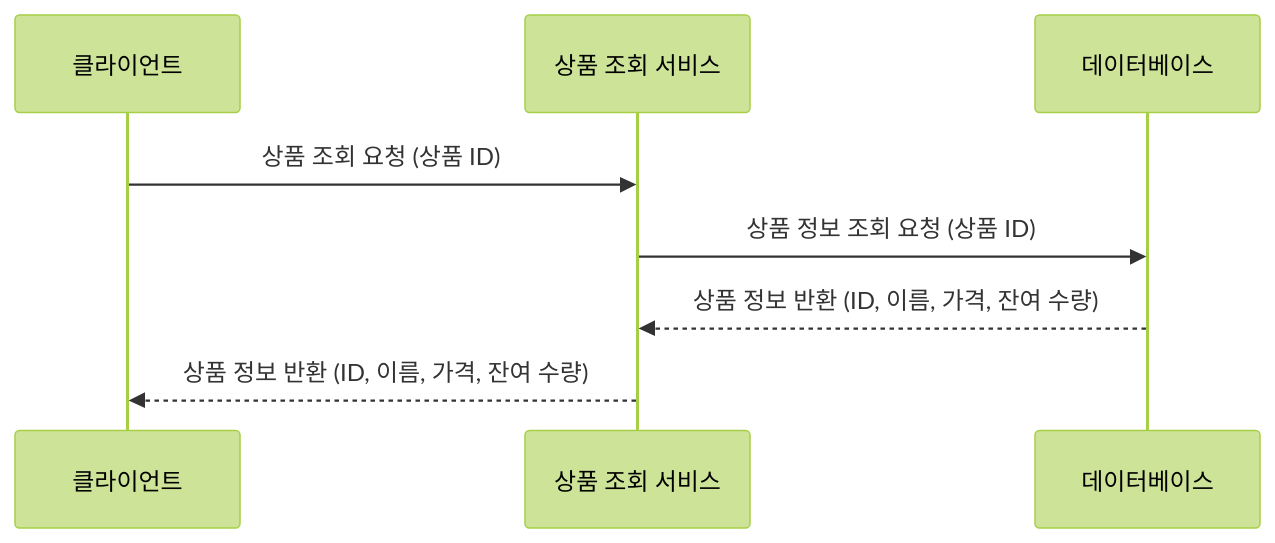
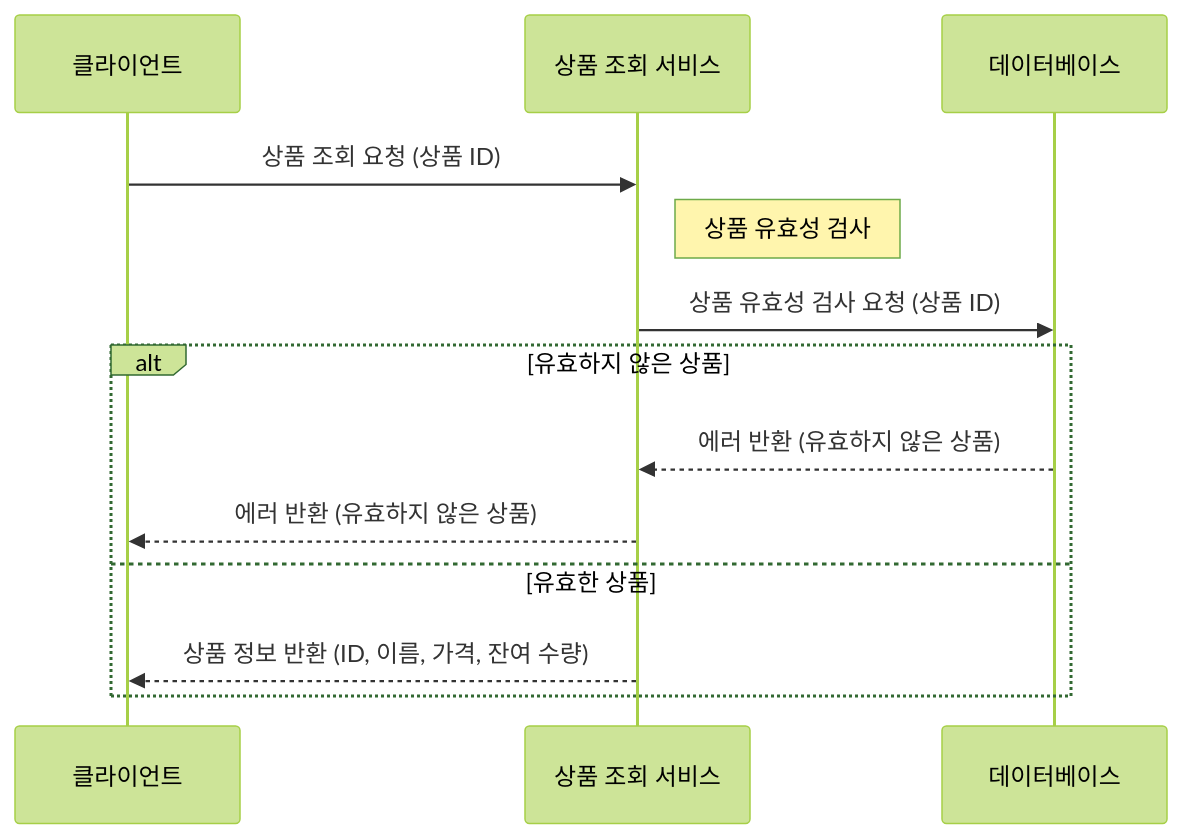
The third of 8 diagrams in readme.md (anniemon/e-commerce), drawn with Mermaid (forest theme) before and after one commit. The commit also changed other lines of this file, not shown here.

Commit message:
장바구니 시퀀스 다이어그램 추가, jwt 관련 로직 제거, 상품 주문 추상화

````diff
--- a/readme.md
+++ b/readme.md
@@ -60,11 +60,17 @@
 ```mermaid
 sequenceDiagram
     participant Client as 클라이언트
     participant Service as 상품 조회 서비스
     participant DB as 데이터베이스
 
     Client->>Service: 상품 조회 요청 (상품 ID)
-    Service->>DB: 상품 정보 조회 요청 (상품 ID)
-    DB-->>Service: 상품 정보 반환 (ID, 이름, 가격, 잔여 수량)
-    Service-->>Client: 상품 정보 반환 (ID, 이름, 가격, 잔여 수량)
+    
+    Note right of Service: 상품 유효성 검사
+    Service->>DB: 상품 유효성 검사 요청 (상품 ID)
+    alt 유효하지 않은 상품
+        DB-->>Service: 에러 반환 (유효하지 않은 상품)
+        Service-->>Client: 에러 반환 (유효하지 않은 상품)
+    else 유효한 상품
+        Service-->>Client: 상품 정보 반환 (ID, 이름, 가격, 잔여 수량)
+    end
 ```
````
